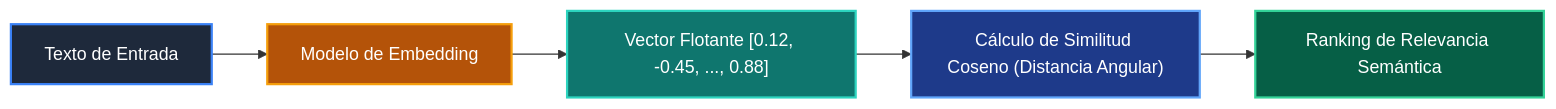
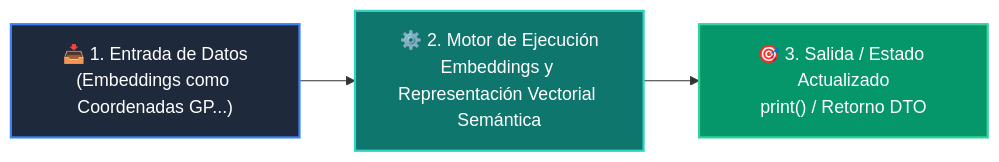
Before and after one commit to wisrovi/wisrovi-python: the diagram in 03-agentes-ia/clase-05-embeddings-y-bases-vectoriales/README.md, drawn with Mermaid. The commit also changed other lines of this file and 54 other files, not shown here.

Commit message:
refactor: clean repository root by moving maintenance scripts to scripts/ and restore rich high-contrast Mermaid diagrams for all classes and examples

````diff
--- a/03-agentes-ia/clase-05-embeddings-y-bases-vectoriales/README.md
+++ b/03-agentes-ia/clase-05-embeddings-y-bases-vectoriales/README.md
@@ -12,13 +12,9 @@
 ```mermaid
 flowchart LR
-    DOC["Texto de Entrada"] --> EMB["Modelo de Embedding"]
-    EMB --> VEC["Vector Flotante [0.12, -0.45, ..., 0.88]"]
-    VEC --> COS["Cálculo de Similitud Coseno (Distancia Angular)"]
-    COS --> RANK["Ranking de Relevancia Semántica"]
+    A["📥 1. Entrada de Datos<br/>(Embeddings como Coordenadas GP...)"] --> B["⚙️ 2. Motor de Ejecución<br/>Embeddings y Representación Vectorial Semántica"]
+    B --> C["🎯 3. Salida / Estado Actualizado<br/>print() / Retorno DTO"]
 
-    style DOC fill:#1e293b,color:#fff,stroke:#3b82f6,stroke-width:2px
-    style EMB fill:#b45309,color:#fff,stroke:#f59e0b,stroke-width:2px
-    style VEC fill:#0f766e,color:#fff,stroke:#2dd4bf,stroke-width:2px
-    style COS fill:#1e3a8a,color:#fff,stroke:#60a5fa,stroke-width:2px
-    style RANK fill:#065f46,color:#fff,stroke:#34d399,stroke-width:2px
+    style A fill:#1e293b,color:#ffffff,stroke:#3b82f6,stroke-width:2px
+    style B fill:#0f766e,color:#ffffff,stroke:#2dd4bf,stroke-width:2px
+    style C fill:#059669,color:#ffffff,stroke:#34d399,stroke-width:2px
 ```
````
